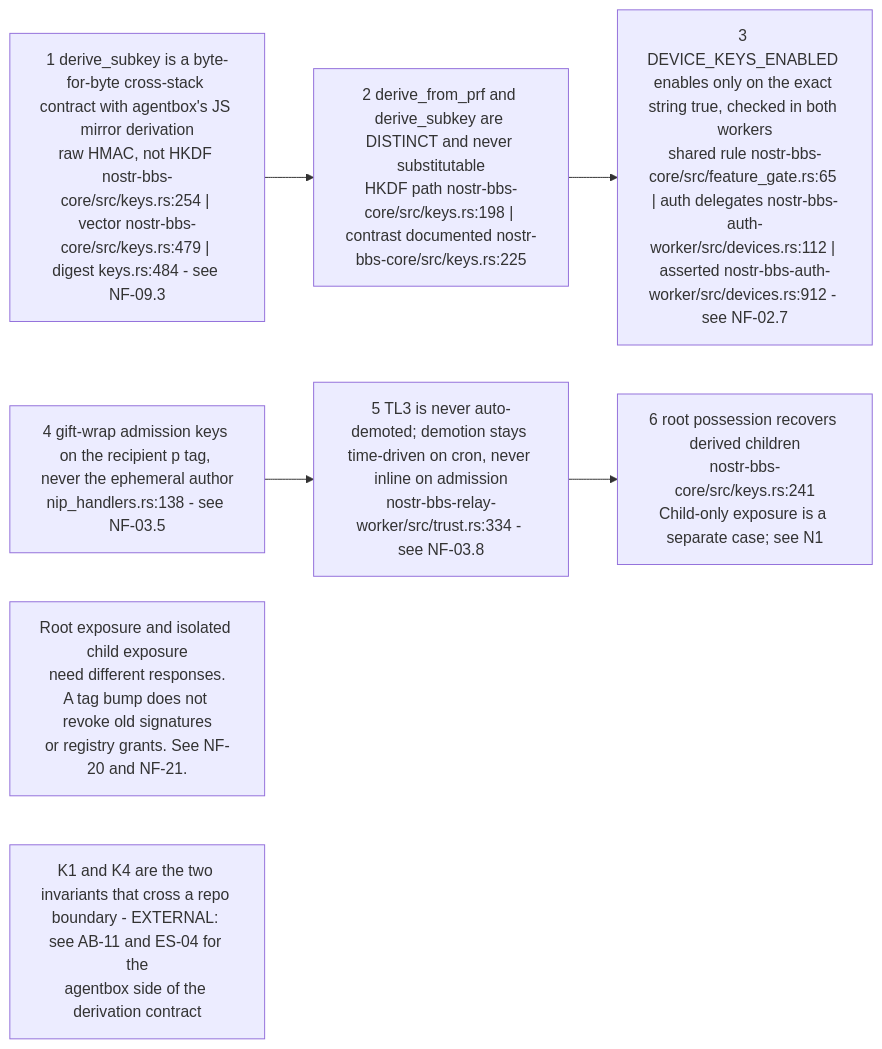
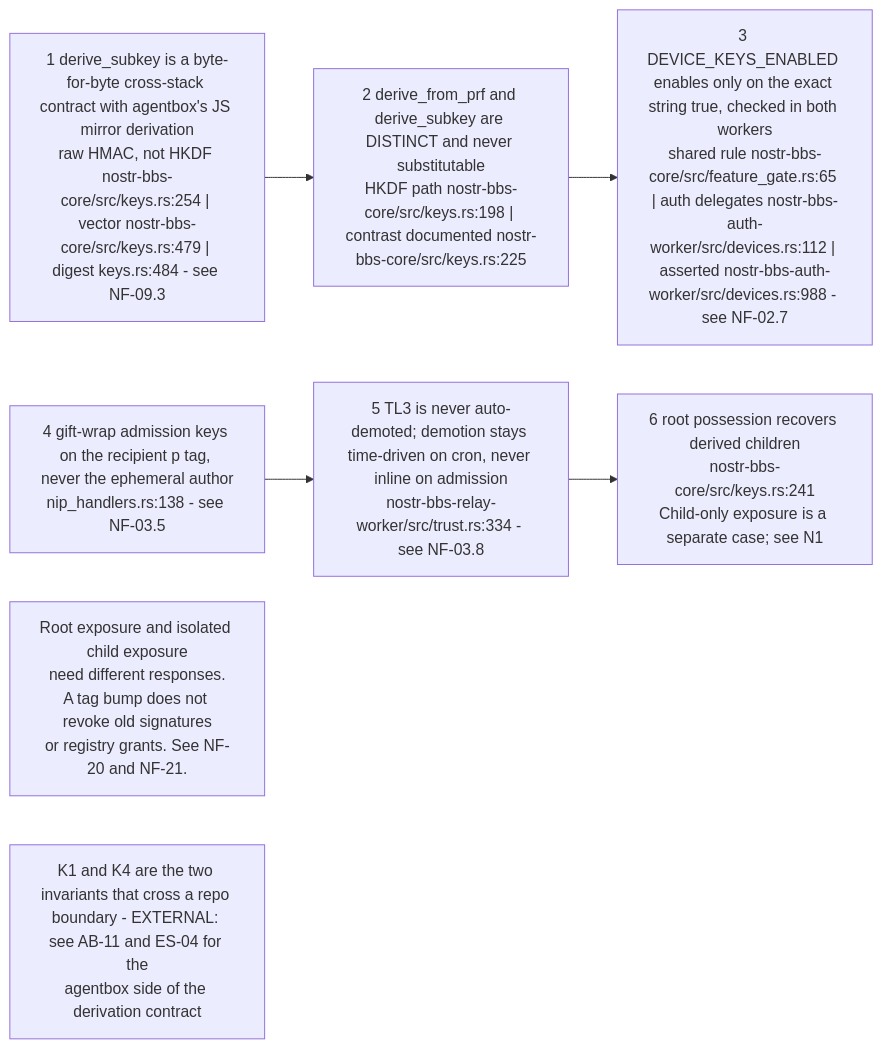
One commit to DreamLab-AI/VisionFlow changed the second of 10 diagrams in docs/diagrams/nostr-rust-forum/10-invariants-and-anomaly-register.md. Above: the diagram before and after it, drawn with Mermaid. The commit also changed other lines of this file and 59 other files, not shown here.

First line of the commit message:
docs(diagrams): re-derive and re-stamp forum, website, pod, ontomark and sealmap topics

````diff
--- a/docs/diagrams/nostr-rust-forum/10-invariants-and-anomaly-register.md
+++ b/docs/diagrams/nostr-rust-forum/10-invariants-and-anomaly-register.md
@@ -90,17 +90,17 @@
 ```mermaid
 flowchart LR
     K1["1 derive_subkey is a byte-for-byte cross-stack contract with agentbox's JS mirror derivation<br/>raw HMAC, not HKDF nostr-bbs-core/src/keys.rs:254 | vector nostr-bbs-core/src/keys.rs:479 | digest keys.rs:484 - see NF-09.3"]
     K2["2 derive_from_prf and derive_subkey are DISTINCT and never substitutable<br/>HKDF path nostr-bbs-core/src/keys.rs:198 | contrast documented nostr-bbs-core/src/keys.rs:225"]
-    K3["3 DEVICE_KEYS_ENABLED enables only on the exact string true, checked in both workers<br/>shared rule nostr-bbs-core/src/feature_gate.rs:65 | auth delegates nostr-bbs-auth-worker/src/devices.rs:112 | asserted nostr-bbs-auth-worker/src/devices.rs:912 - see NF-02.7"]
+    K3["3 DEVICE_KEYS_ENABLED enables only on the exact string true, checked in both workers<br/>shared rule nostr-bbs-core/src/feature_gate.rs:65 | auth delegates nostr-bbs-auth-worker/src/devices.rs:112 | asserted nostr-bbs-auth-worker/src/devices.rs:988 - see NF-02.7"]
     K4["4 gift-wrap admission keys on the recipient p tag, never the ephemeral author<br/>nip_handlers.rs:138 - see NF-03.5"]
     K5["5 TL3 is never auto-demoted; demotion stays time-driven on cron, never inline on admission<br/>nostr-bbs-relay-worker/src/trust.rs:334 - see NF-03.8"]
     K6["6 root possession recovers derived children<br/>nostr-bbs-core/src/keys.rs:241<br/>Child-only exposure is a separate case; see N1"]
 
     K1 --> K2 --> K3
     K4 --> K5 --> K6
 
     %% Source: ../nostr-rust-forum/docs/archive/adr/ADR-100-key-lifecycle.md:78
     %% Source: ../nostr-rust-forum/docs/archive/adr/ADR-100-key-lifecycle.md:85
     N1["Root exposure and isolated child exposure<br/>need different responses.<br/>A tag bump does not revoke old signatures<br/>or registry grants. See NF-20 and NF-21."]
     N2["K1 and K4 are the two invariants that cross a repo boundary - EXTERNAL: see AB-11 and ES-04 for the<br/>agentbox side of the derivation contract"]
 ```
````
